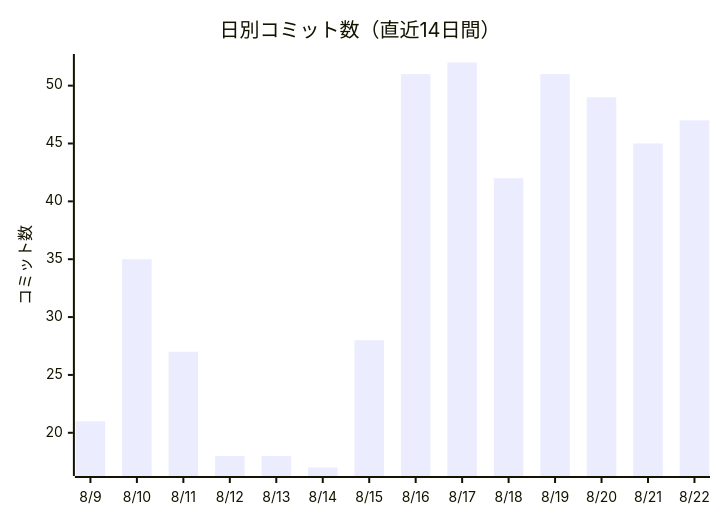
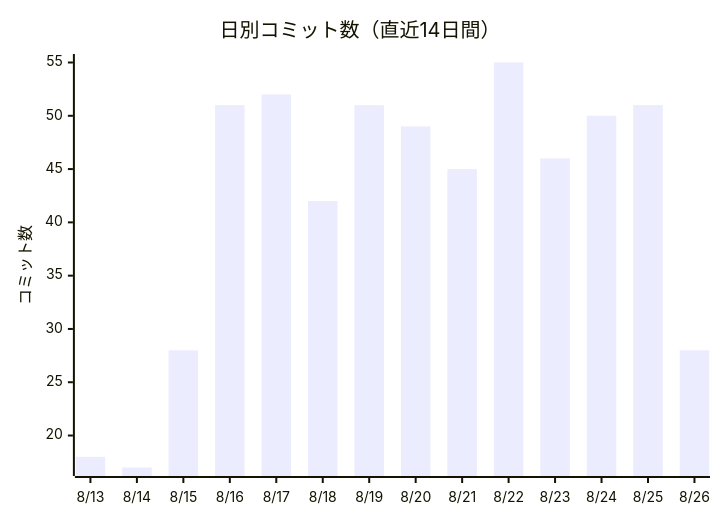
Before and after one commit to non-x2/non-x2: the first of 2 diagrams in docs/進化レポート.md, drawn with Mermaid. The commit also changed other lines of this file and 3 other files, not shown here.

````diff
--- a/docs/進化レポート.md
+++ b/docs/進化レポート.md
@@ -23,7 +23,7 @@
 ```mermaid
 xychart-beta
     title "日別コミット数（直近14日間）"
-    x-axis ["8/9", "8/10", "8/11", "8/12", "8/13", "8/14", "8/15", "8/16", "8/17", "8/18", "8/19", "8/20", "8/21", "8/22"]
+    x-axis ["8/13", "8/14", "8/15", "8/16", "8/17", "8/18", "8/19", "8/20", "8/21", "8/22", "8/23", "8/24", "8/25", "8/26"]
     y-axis "コミット数"
-    bar [21, 35, 27, 18, 18, 17, 28, 51, 52, 42, 51, 49, 45, 47]
+    bar [18, 17, 28, 51, 52, 42, 51, 49, 45, 55, 46, 50, 51, 28]
 ```
````
